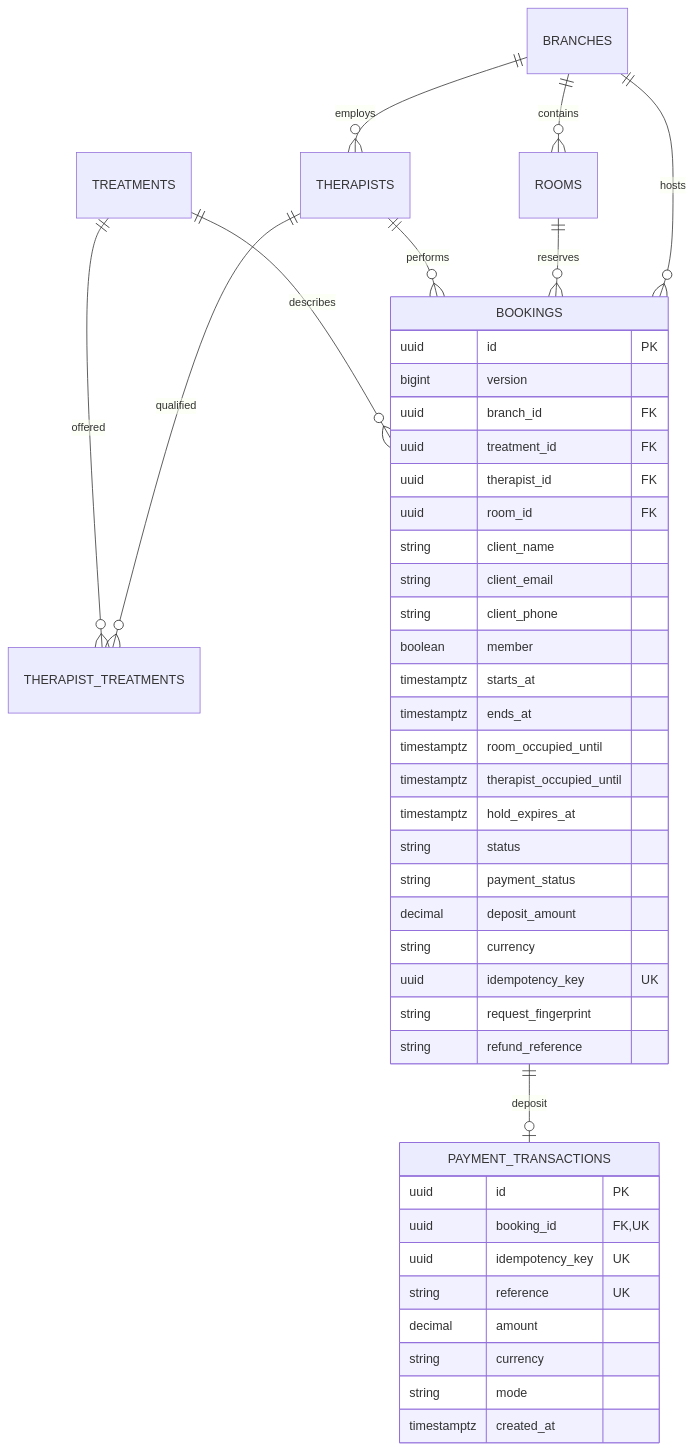
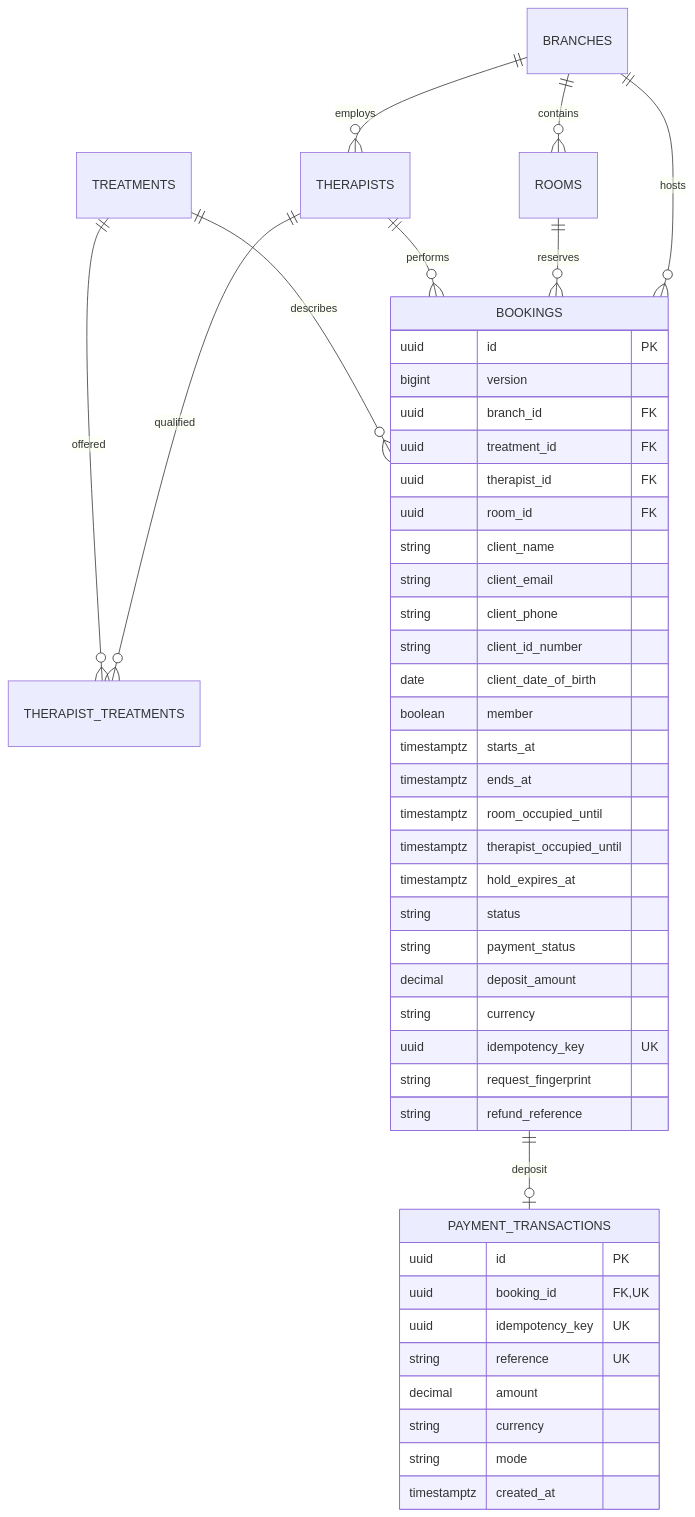
The third of 3 diagrams in docs/technical-notes.md (ThuYa446/lumina-clinic), drawn with Mermaid before and after one commit. The commit also changed other lines of this file and 31 other files, not shown here.

````diff
--- a/docs/technical-notes.md
+++ b/docs/technical-notes.md
@@ -98,46 +98,48 @@
 ```mermaid
 erDiagram
     BRANCHES ||--o{ ROOMS : contains
     BRANCHES ||--o{ THERAPISTS : employs
     THERAPISTS ||--o{ THERAPIST_TREATMENTS : qualified
     TREATMENTS ||--o{ THERAPIST_TREATMENTS : offered
     BRANCHES ||--o{ BOOKINGS : hosts
     ROOMS ||--o{ BOOKINGS : reserves
     THERAPISTS ||--o{ BOOKINGS : performs
     TREATMENTS ||--o{ BOOKINGS : describes
     BOOKINGS ||--o| PAYMENT_TRANSACTIONS : deposit
     BOOKINGS {
         uuid id PK
         bigint version
         uuid branch_id FK
         uuid treatment_id FK
         uuid therapist_id FK
         uuid room_id FK
         string client_name
         string client_email
         string client_phone
+        string client_id_number
+        date client_date_of_birth
         boolean member
         timestamptz starts_at
         timestamptz ends_at
         timestamptz room_occupied_until
         timestamptz therapist_occupied_until
         timestamptz hold_expires_at
         string status
         string payment_status
         decimal deposit_amount
         string currency
         uuid idempotency_key UK
         string request_fingerprint
         string refund_reference
     }
     PAYMENT_TRANSACTIONS {
         uuid id PK
         uuid booking_id FK,UK
         uuid idempotency_key UK
         string reference UK
         decimal amount
         string currency
         string mode
         timestamptz created_at
     }
 ```
````
